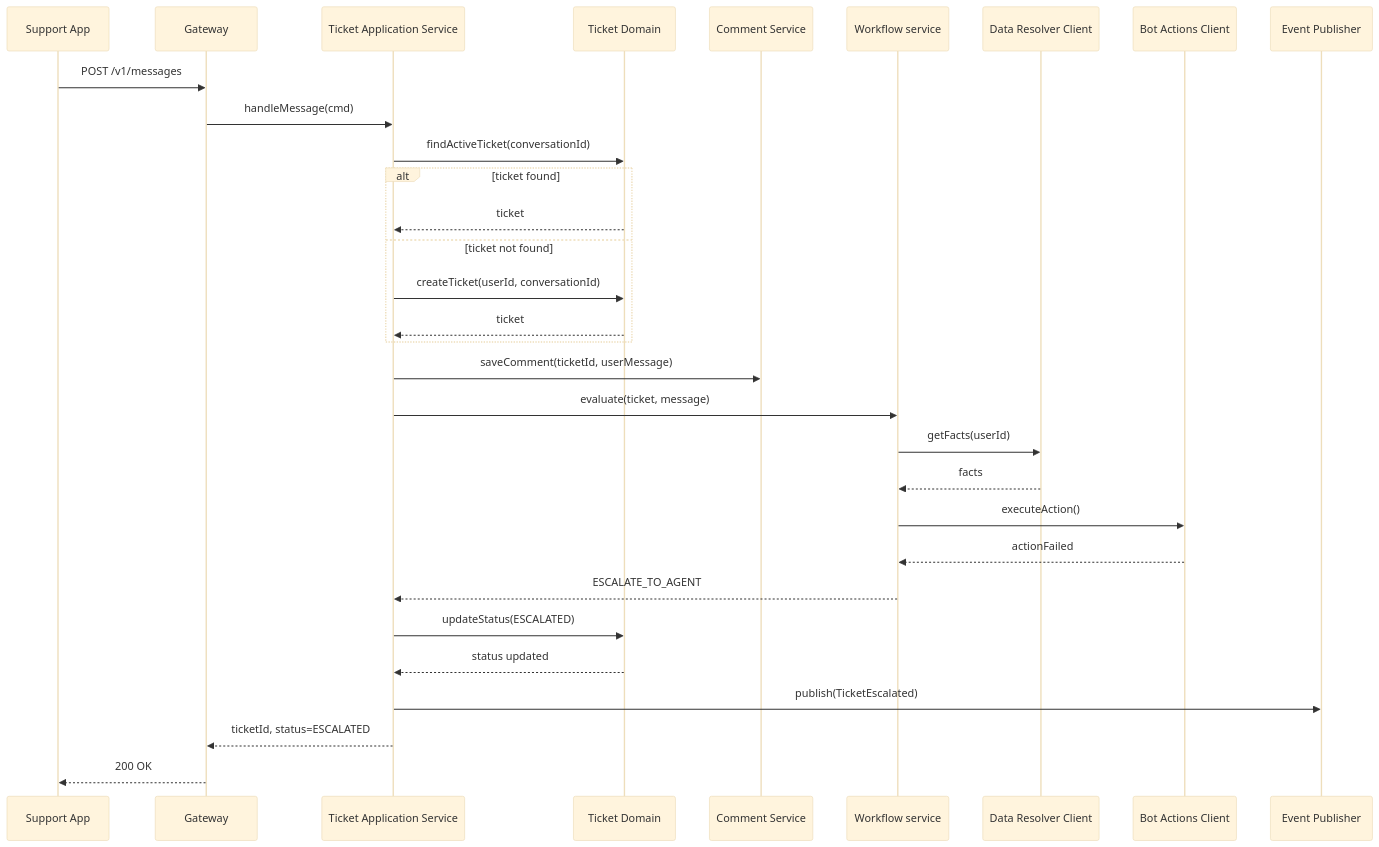
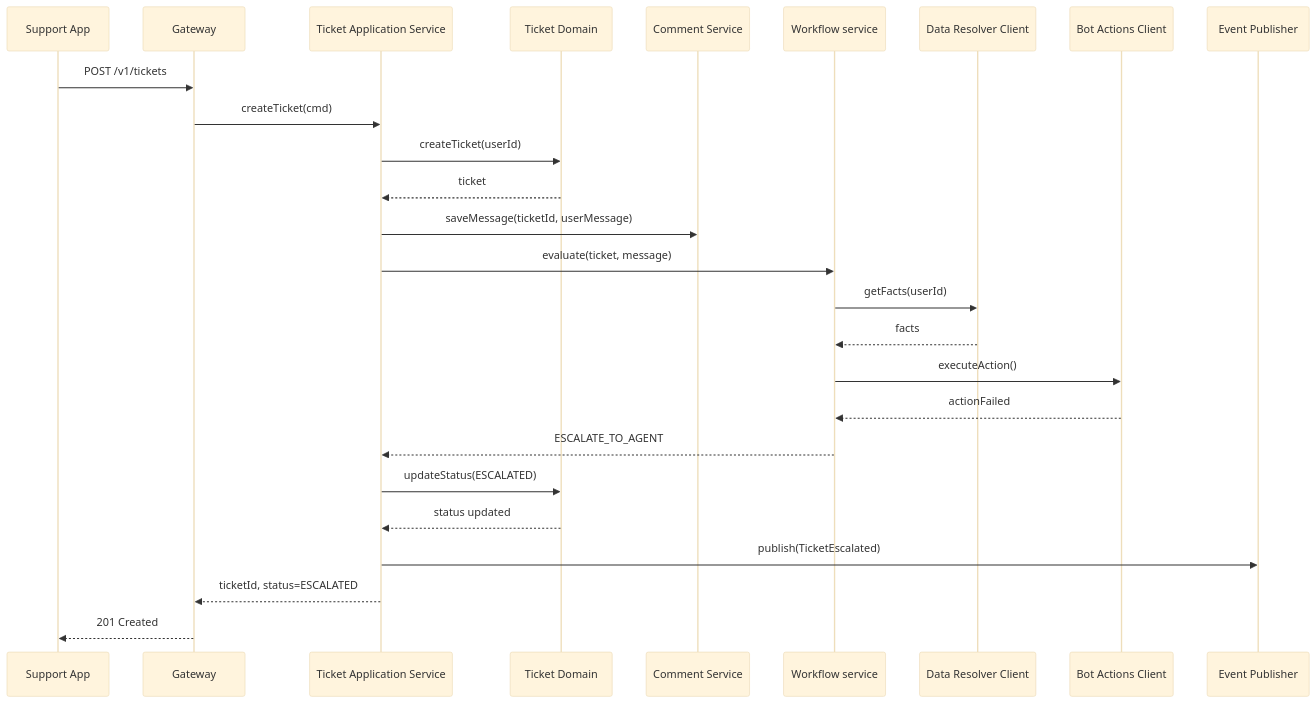
Before and after one commit to Desnn1ch/OOPlabs: the third of 3 diagrams in lab-1.md, drawn with Mermaid (base theme). The commit also changed other lines of this file, not shown here.

````diff
--- a/lab-1.md
+++ b/lab-1.md
@@ -306,34 +329,29 @@
 ```mermaid
 sequenceDiagram
     participant input as Support App
     participant gateway as Gateway
     participant app as Ticket Application Service
     participant ticketservice as Ticket Domain
     participant comment as Comment Service
     participant workflow as Workflow service
     participant data as Data Resolver Client
     participant actions as Bot Actions Client
     participant databus as Event Publisher
 
-    input->>gateway: POST /v1/messages
-    gateway->>app: handleMessage(cmd)
-    app->>ticketservice: findActiveTicket(conversationId)
-    alt ticket found
-        ticketservice-->>app: ticket
-    else ticket not found
-        app->>ticketservice: createTicket(userId, conversationId)
-        ticketservice-->>app: ticket
-    end
-    app->>comment: saveComment(ticketId, userMessage)
+    input->>gateway: POST /v1/tickets
+    gateway->>app: createTicket(cmd)
+    app->>ticketservice: createTicket(userId)
+    ticketservice-->>app: ticket
+    app->>comment: saveMessage(ticketId, userMessage)
     app->>workflow: evaluate(ticket, message)
     workflow->>data: getFacts(userId)
     data-->>workflow: facts
     workflow->>actions: executeAction()
     actions-->>workflow: actionFailed
     workflow-->>app: ESCALATE_TO_AGENT
     app->>ticketservice: updateStatus(ESCALATED)
     ticketservice-->>app: status updated
     app->>databus: publish(TicketEscalated)
     app-->>gateway: ticketId, status=ESCALATED
-    gateway-->>input: 200 OK
+    gateway-->>input: 201 Created
 ```
````
